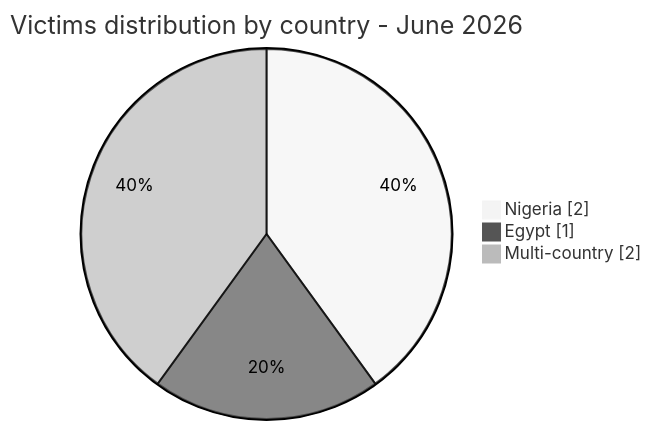
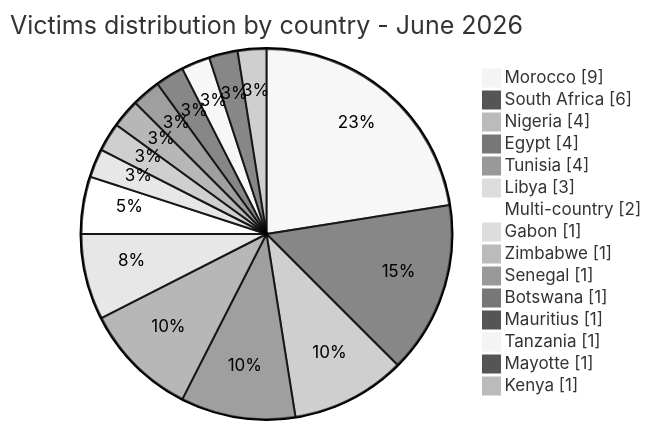
The first of 4 diagrams in CyberAttackAfrica/2026/06-june/README.md (Hatchepsoute/AFRINTEL), drawn with Mermaid (neutral theme) before and after one commit. The commit also changed other lines of this file and 18 other files, not shown here.

````diff
--- a/CyberAttackAfrica/2026/06-june/README.md
+++ b/CyberAttackAfrica/2026/06-june/README.md
@@ -61,7 +78,19 @@
 ```mermaid
 pie showData
-    title Victims distribution by country - June 2026
-    "Nigeria" : 2
-    "Egypt" : 1
-    "Multi-country" : 2
+ title Victims distribution by country - June 2026
+ "Morocco" : 9
+ "South Africa" : 6
+ "Nigeria" : 4
+ "Egypt" : 4
+ "Tunisia" : 4
+ "Libya" : 3
+ "Multi-country" : 2
+ "Gabon" : 1
+ "Zimbabwe" : 1
+ "Senegal" : 1
+ "Botswana" : 1
+ "Mauritius" : 1
+ "Tanzania" : 1
+ "Mayotte" : 1
+ "Kenya" : 1
 ```
````
